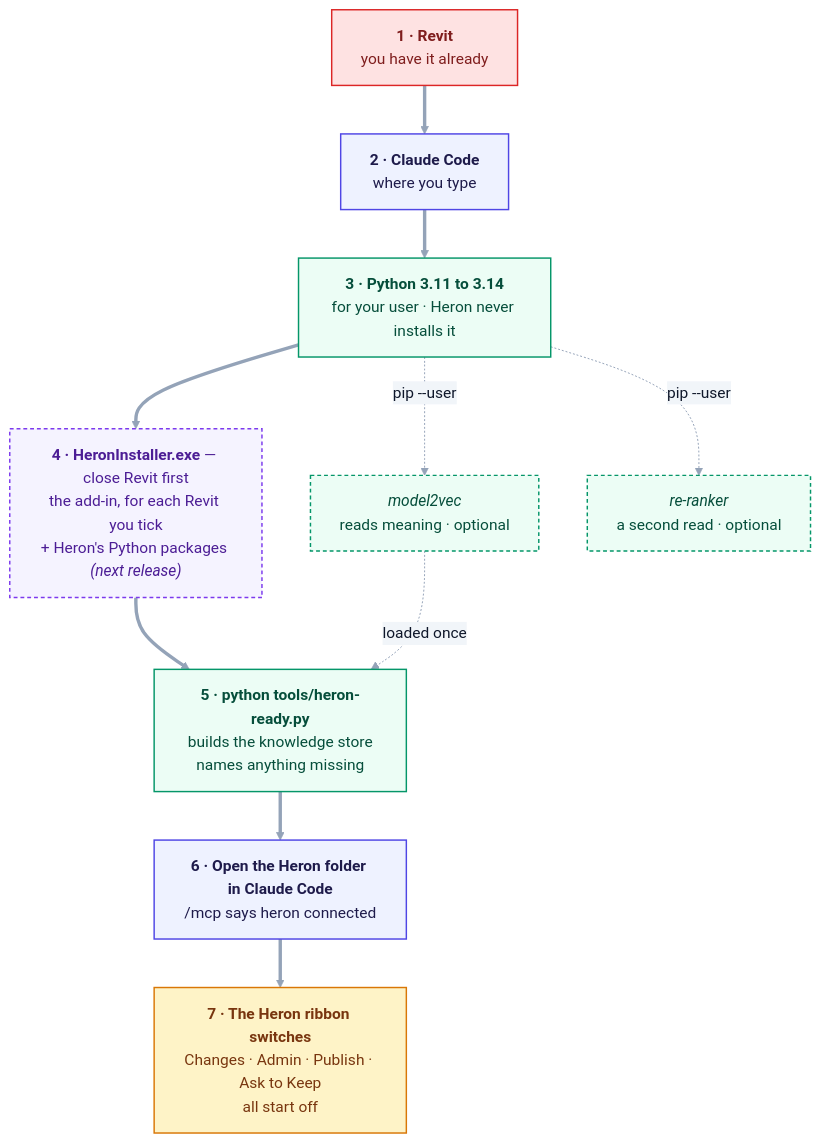
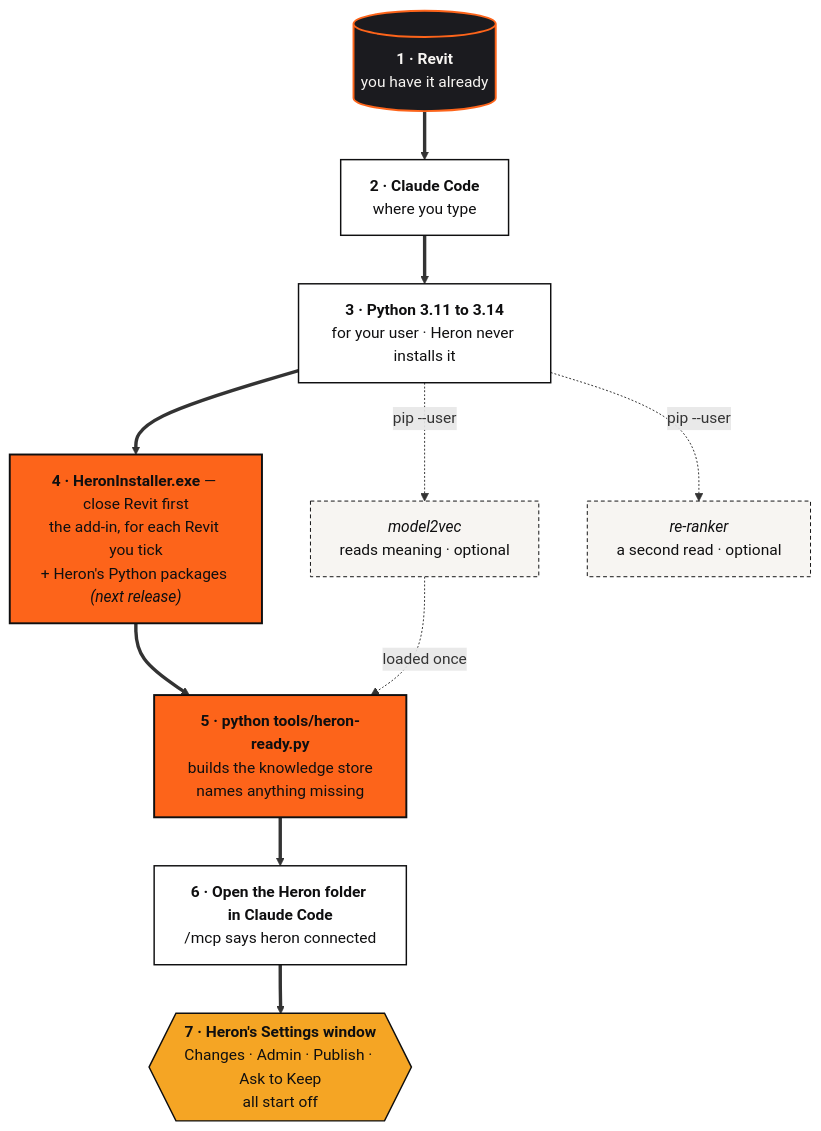
The first of 2 diagrams in docs/WHAT-TO-INSTALL.md (Ajmalpshaik/Heron-AI), drawn with Mermaid before and after one commit. The commit also changed other lines of this file and 13 other files, not shown here.

First line of the commit message:
Docs: README becomes a landing page; short linked guide pages with brand diagrams

````diff
--- a/docs/WHAT-TO-INSTALL.md
+++ b/docs/WHAT-TO-INSTALL.md
@@ -28,32 +35,28 @@
 ```mermaid
-%%{init: {"themeVariables": {"edgeLabelBackground":"#F1F5F9","lineColor":"#94A3B8","textColor":"#0F172A","tertiaryTextColor":"#0F172A"}}}%%
 flowchart TD
-    RV["<b>1 · Revit</b><br/>you have it already"]
+    RV[("<b>1 · Revit</b><br/>you have it already")]
     CC["<b>2 · Claude Code</b><br/>where you type"]
     PY["<b>3 · Python 3.11 to 3.14</b><br/>for your user · Heron never installs it"]
     HI["<b>4 · HeronInstaller.exe</b> — close Revit first<br/>the add-in, for each Revit you tick<br/>+ Heron's Python packages <i>(next release)</i>"]
     HR["<b>5 · python tools/heron-ready.py</b><br/>builds the knowledge store<br/>names anything missing"]
     MC["<b>6 · Open the Heron folder in Claude Code</b><br/>/mcp says heron connected"]
-    SW["<b>7 · The Heron ribbon switches</b><br/>Changes · Admin · Publish · Ask to Keep<br/>all start off"]
+    SW{{"<b>7 · Heron's Settings window</b><br/>Changes · Admin · Publish · Ask to Keep<br/>all start off"}}
     M2["<i>model2vec</i><br/>reads meaning · optional"]
     RR["<i>re-ranker</i><br/>a second read · optional"]
 
     RV ==> CC ==> PY ==> HI ==> HR ==> MC ==> SW
     PY -.->|pip --user| M2
     PY -.->|pip --user| RR
     M2 -.->|loaded once| HR
 
-    classDef user fill:#F1F5F9,stroke:#475569,stroke-width:1.5px,color:#0F172A
-    classDef host fill:#EEF2FF,stroke:#4F46E5,stroke-width:1.5px,color:#1E1B4B
-    classDef brain fill:#ECFDF5,stroke:#059669,stroke-width:1.5px,color:#064E3B
-    classDef addin fill:#FEF3C7,stroke:#D97706,stroke-width:1.5px,color:#78350F
-    classDef revit fill:#FEE2E2,stroke:#DC2626,stroke-width:1.5px,color:#7F1D1D
-    classDef plat fill:#F5F3FF,stroke:#7C3AED,stroke-width:1.5px,color:#4C1D95,stroke-dasharray:4 3
-    classDef search fill:#ECFDF5,stroke:#059669,stroke-width:1.5px,color:#064E3B,stroke-dasharray:4 3
+    classDef host fill:#FFFFFF,stroke:#0F0F10,stroke-width:1.5px,color:#0F0F10
+    classDef heron fill:#FD641A,stroke:#0F0F10,stroke-width:2px,color:#0F0F10
+    classDef guard fill:#F5A524,stroke:#0F0F10,stroke-width:1.5px,color:#0F0F10
+    classDef quiet fill:#F7F5F2,stroke:#0F0F10,stroke-width:1px,color:#0F0F10,stroke-dasharray:4 3
+    classDef revit fill:#1B1B1F,stroke:#FD641A,stroke-width:2px,color:#F7F5F2
     class RV revit
-    class CC,MC host
-    class PY,HR brain
-    class HI plat
-    class SW addin
-    class M2,RR search
+    class CC,PY,MC host
+    class HI,HR heron
+    class SW guard
+    class M2,RR quiet
 ```
````
